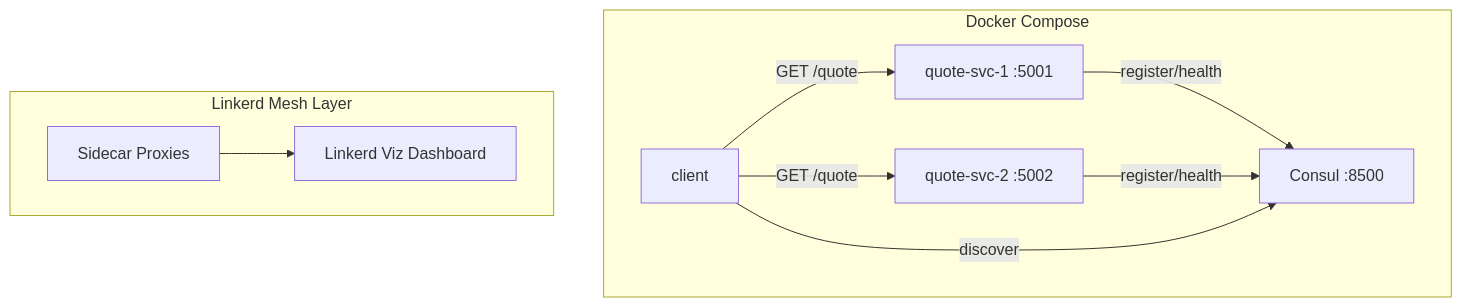
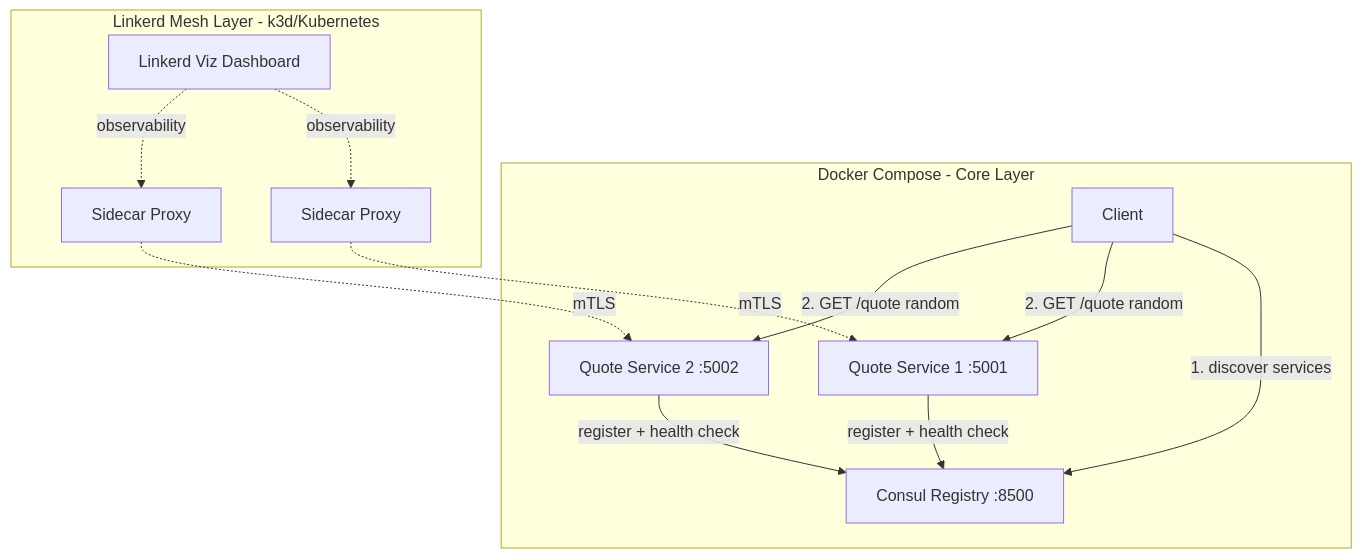
Before and after one commit to yashashav-dk/cmpe273-week7-naming-service-discovery-assignment: the diagram in README.md, drawn with Mermaid. The commit also changed other lines of this file, not shown here.

First line of the commit message:
docs: rewrite README with full architecture diagram and detailed docs

````diff
--- a/README.md
+++ b/README.md
@@ -7,19 +11,22 @@
 ```mermaid
 graph TD
-    subgraph Docker Compose
-        Consul[Consul :8500]
-        QS1[quote-svc-1 :5001]
-        QS2[quote-svc-2 :5002]
-        Client[client]
-        QS1 -->|register/health| Consul
-        QS2 -->|register/health| Consul
-        Client -->|discover| Consul
-        Client -->|GET /quote| QS1
-        Client -->|GET /quote| QS2
+    subgraph Docker Compose - Core Layer
+        C[Consul Registry :8500]
+        QS1[Quote Service 1 :5001]
+        QS2[Quote Service 2 :5002]
+        CL[Client]
+
+        QS1 -->|register + health check| C
+        QS2 -->|register + health check| C
+        CL -->|1. discover services| C
+        CL -->|2. GET /quote random| QS1
+        CL -->|2. GET /quote random| QS2
     end
-    subgraph Linkerd Mesh Layer
-        SP[Sidecar Proxies]
-        LVD[Linkerd Viz Dashboard]
-        SP --> LVD
+
+    subgraph Linkerd Mesh Layer - k3d/Kubernetes
+        LP1[Sidecar Proxy] -.->|mTLS| QS1
+        LP2[Sidecar Proxy] -.->|mTLS| QS2
+        LD[Linkerd Viz Dashboard] -.->|observability| LP1
+        LD -.->|observability| LP2
     end
 ```
````
